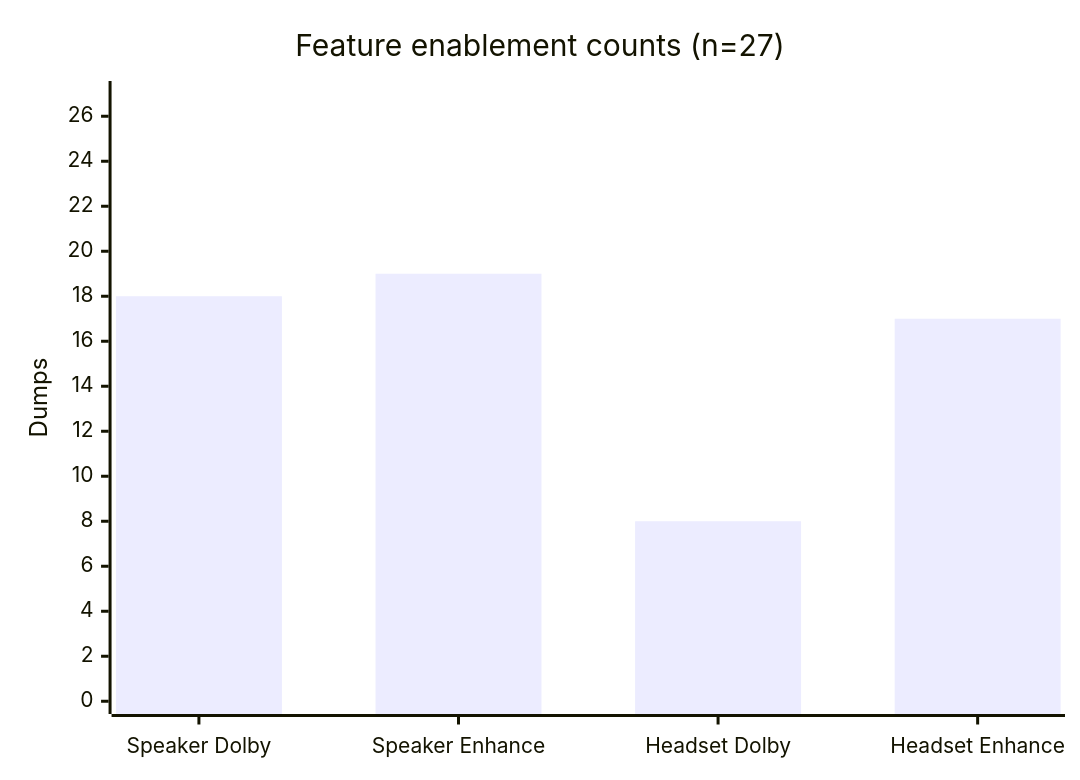
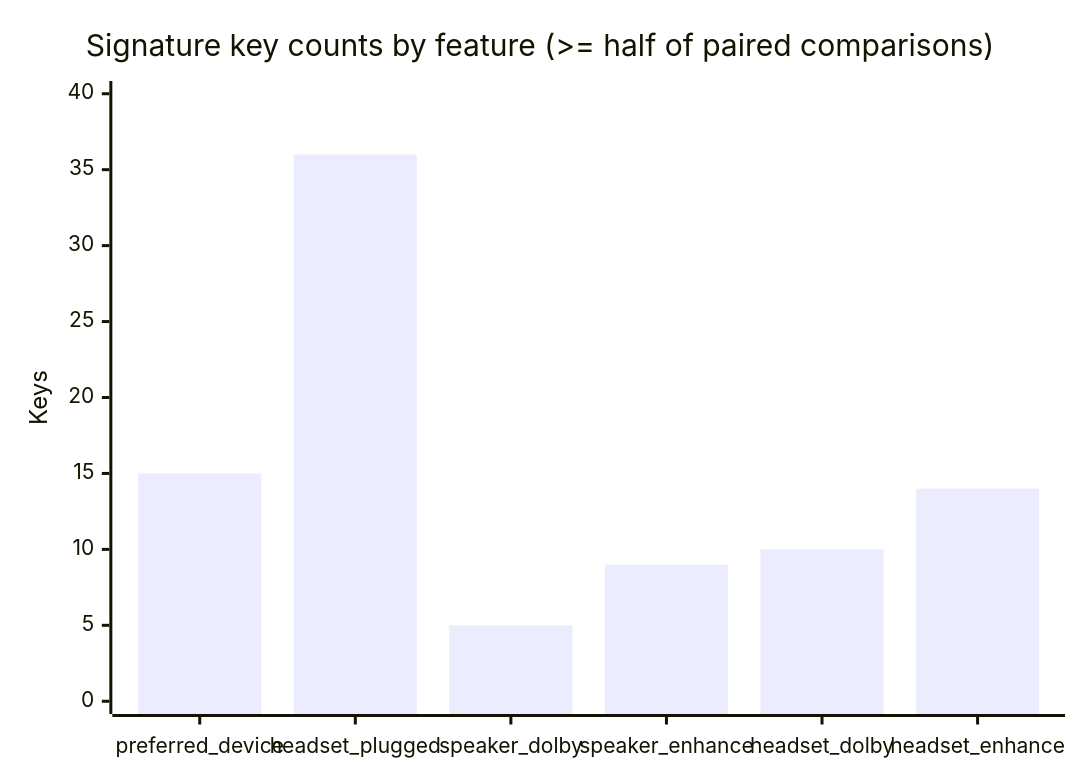
The diagram in RtHDDump_Report.md (ISNing/spkchk), drawn with Mermaid before and after one commit. The commit also changed other lines of this file and 3 other files, not shown here.

````diff
--- a/RtHDDump_Report.md
+++ b/RtHDDump_Report.md
@@ -69,7 +46,7 @@
 ```mermaid
 xychart-beta
-  title "Feature enablement counts (n=27)"
-  x-axis ["Speaker Dolby","Speaker Enhance","Headset Dolby","Headset Enhance"]
-  y-axis "Dumps" 0 --> 27
-  bar [18,19,8,17]
+  title "Signature key counts by feature (>= half of paired comparisons)"
+  x-axis ["preferred_device","headset_plugged","speaker_dolby","speaker_enhance","headset_dolby","headset_enhance"]
+  y-axis "Keys" 0 --> 40
+  bar [15,36,5,9,10,14]
 ```
````
